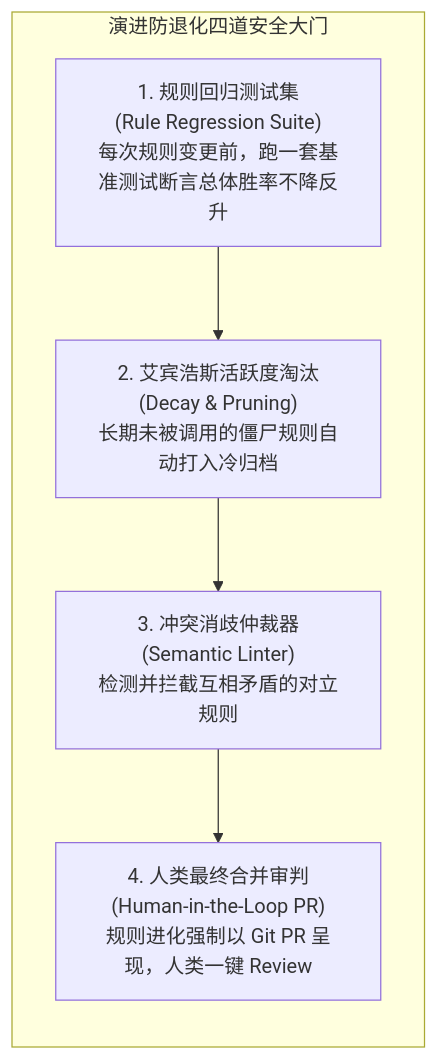
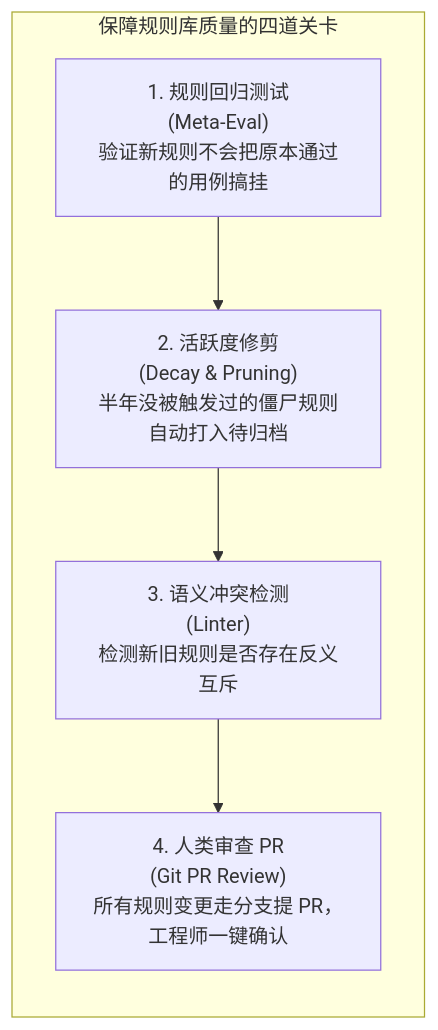
One commit to ljh12138164/ai-agent-study changed the second of 2 diagrams in app/ch09-evolution/04-evolutionary-safety-and-drift/page.mdx. Above: the diagram before and after it, drawn with Mermaid. The commit also changed other lines of this file and 43 other files, not shown here.

````diff
--- a/app/ch09-evolution/04-evolutionary-safety-and-drift/page.mdx
+++ b/app/ch09-evolution/04-evolutionary-safety-and-drift/page.mdx
@@ -37,14 +35,9 @@
 ```mermaid
-graph LR
-    subgraph FourDefenses["演进防退化四道安全大门"]
-        D1["1. 规则回归测试集<br/>(Rule Regression Suite)<br/>每次规则变更前，跑一套基准测试断言总体胜率不降反升"]
-        
-        D2["2. 艾宾浩斯活跃度淘汰<br/>(Decay & Pruning)<br/>长期未被调用的僵尸规则自动打入冷归档"]
-        
-        D3["3. 冲突消歧仲裁器<br/>(Semantic Linter)<br/>检测并拦截互相矛盾的对立规则"]
-        
-        D4["4. 人类最终合并审判<br/>(Human-in-the-Loop PR)<br/>规则进化强制以 Git PR 呈现，人类一键 Review"]
+flowchart LR
+    subgraph Defenses["保障规则库质量的四道关卡"]
+        D1["1. 规则回归测试<br/>(Meta-Eval)<br/>验证新规则不会把原本通过的用例搞挂"]
+        --> D2["2. 活跃度修剪<br/>(Decay & Pruning)<br/>半年没被触发过的僵尸规则自动打入待归档"]
+        --> D3["3. 语义冲突检测<br/>(Linter)<br/>检测新旧规则是否存在反义互斥"]
+        --> D4["4. 人类审查 PR<br/>(Git PR Review)<br/>所有规则变更走分支提 PR，工程师一键确认"]
     end
-    
-    D1 --> D2 --> D3 --> D4
 ```
````
